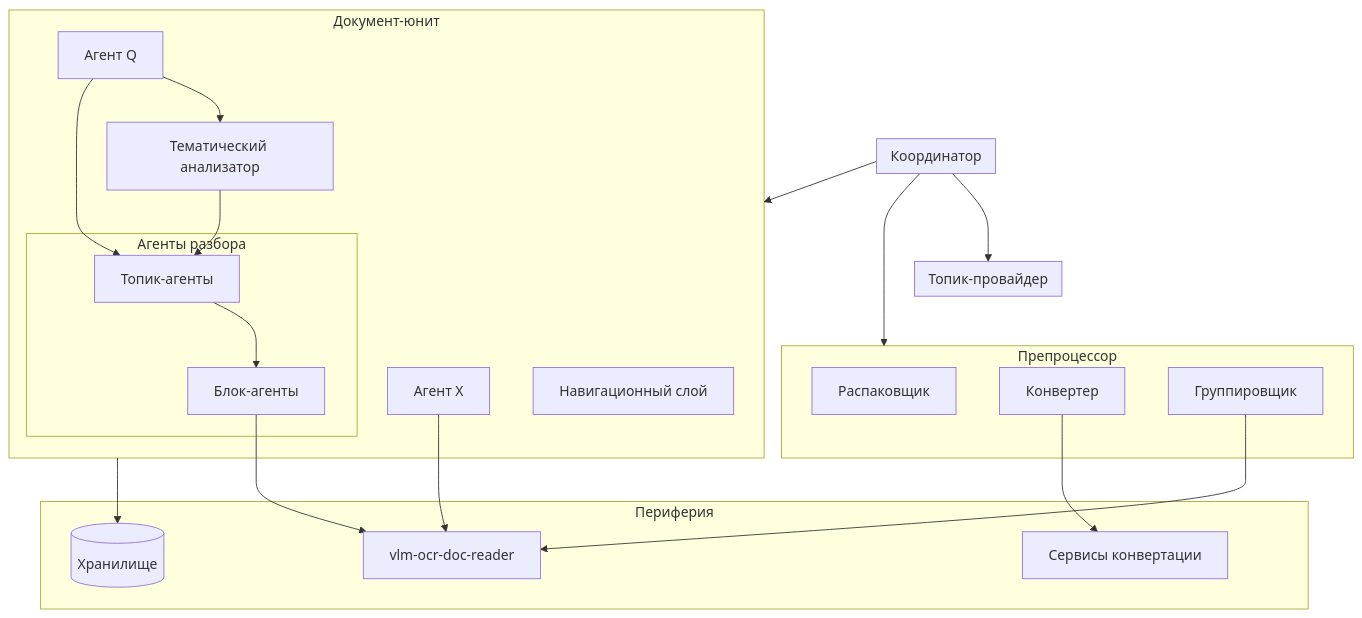
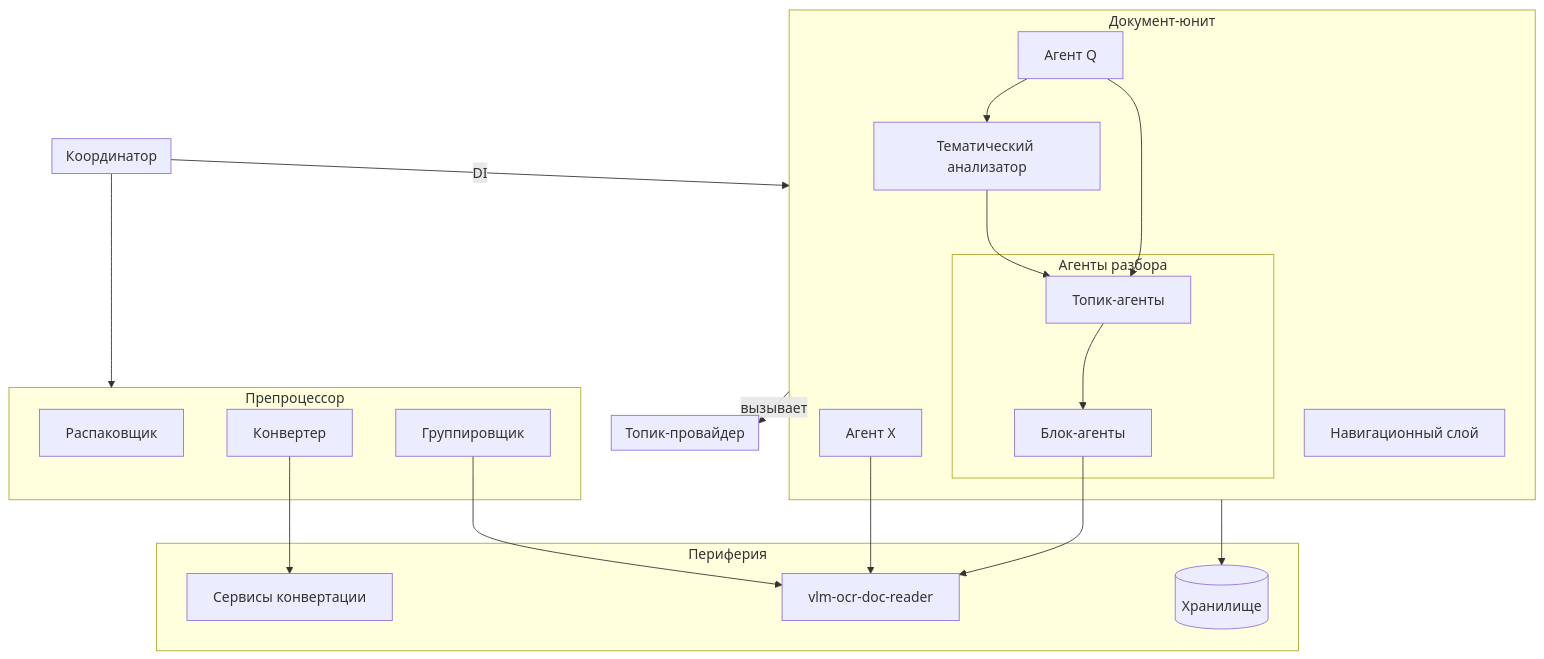
Diagram 13 of 15 in 00_docs/architecture/ADPS_Architecture_L3.md (Dieugene/agentic-doc-processing), drawn with Mermaid before and after one commit. The commit also changed other lines of this file and 5 other files, not shown here.

First line of the commit message:
Refactor architecture documentation: consolidate L3, add overview and implementation phases

````diff
--- a/00_docs/architecture/ADPS_Architecture_L3.md
+++ b/00_docs/architecture/ADPS_Architecture_L3.md
@@ -568,47 +782,47 @@
 ```mermaid
 flowchart TB
     subgraph Coord["Координатор"]
     end
     
     subgraph Prep["Препроцессор"]
         Unpack[Распаковщик]
         Conv[Конвертер]
         Grp[Группировщик]
     end
     
     subgraph TP["Топик-провайдер"]
     end
     
     subgraph DocUnit["Документ-юнит"]
         X[Агент X]
         Q[Агент Q]
         TA[Тематический анализатор]
         Nav[Навигационный слой]
         
         subgraph Agents["Агенты разбора"]
             TAgent[Топик-агенты]
             BAgent[Блок-агенты]
         end
         
         TA --> TAgent
         TAgent --> BAgent
         Q --> TA
         Q --> TAgent
     end
     
     subgraph Periphery["Периферия"]
         ConvSvc[Сервисы конвертации]
         VLM[vlm-ocr-doc-reader]
         Store[(Хранилище)]
     end
     
     Coord --> Prep
-    Coord --> TP
-    Coord --> DocUnit
+    Coord -->|DI| DocUnit
+    DocUnit -->|вызывает| TP
     
     Conv --> ConvSvc
     Grp --> VLM
     X --> VLM
     BAgent --> VLM
     DocUnit --> Store
 ```
````
